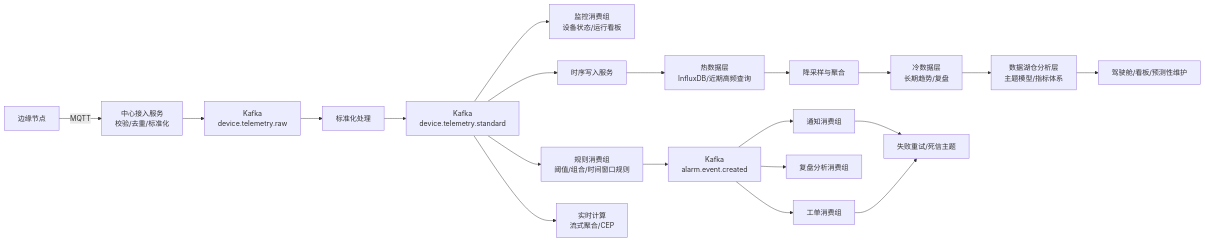
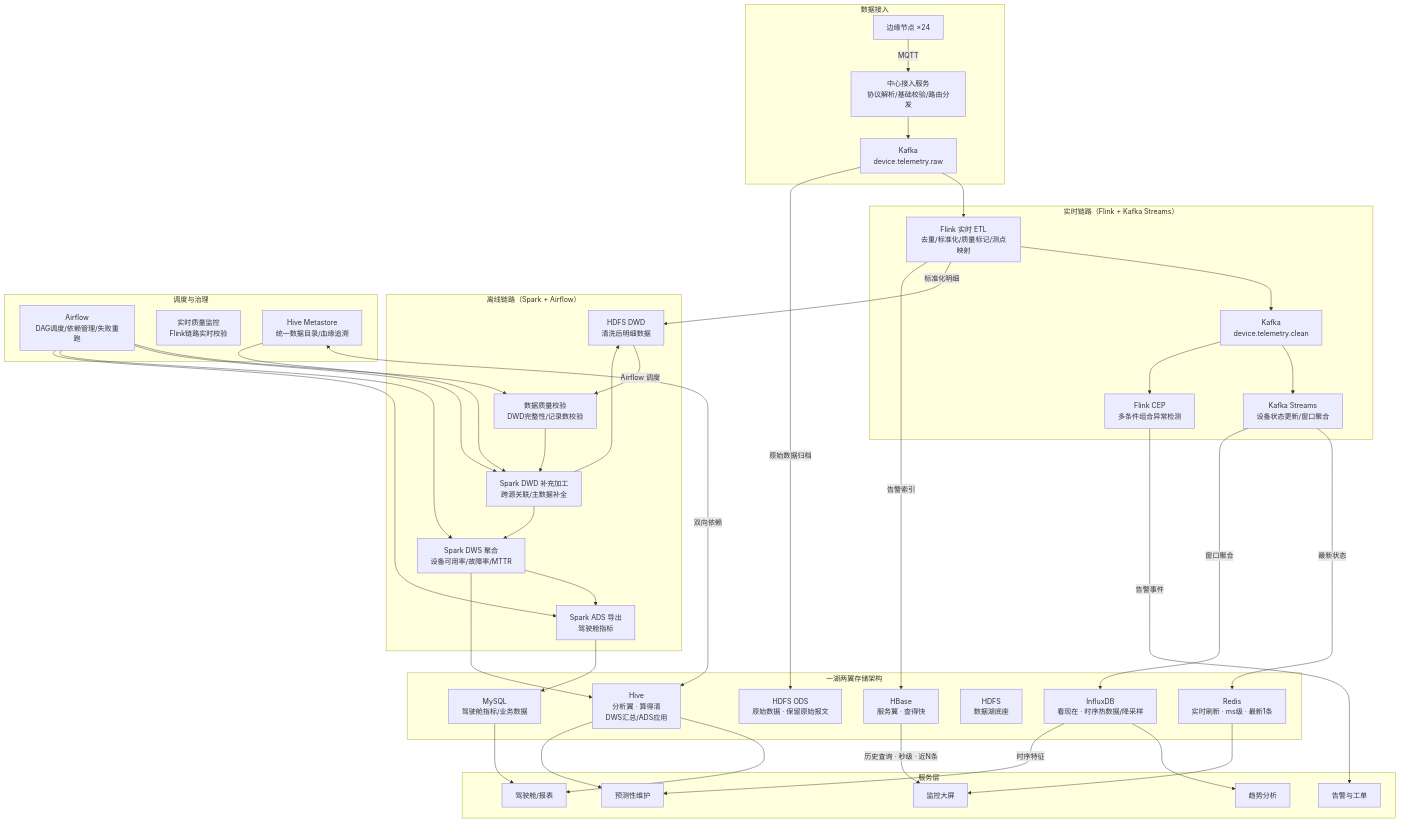
Before and after one commit to dptdptdpt1/26_jgs_lw: the second of 6 diagrams in 项目图示.md, drawn with Mermaid. The commit also changed other lines of this file and 1 other file, not shown here.

````diff
--- a/项目图示.md
+++ b/项目图示.md
@@ -62,26 +62,72 @@
 ```mermaid
-flowchart LR
-    A["边缘节点"] -->|MQTT| B["中心接入服务<br/>校验/去重/标准化"]
-    B --> C["Kafka<br/>device.telemetry.raw"]
-    C --> D["标准化处理"]
-    D --> E["Kafka<br/>device.telemetry.standard"]
+flowchart TD
+    subgraph 数据接入
+        A["边缘节点 ×24"] -->|MQTT| B["中心接入服务<br/>协议解析/基础校验/路由分发"]
+        B --> C1["Kafka<br/>device.telemetry.raw"]
+    end
 
-    E --> F["监控消费组<br/>设备状态/运行看板"]
-    E --> G["规则消费组<br/>阈值/组合/时间窗口规则"]
-    E --> H["时序写入服务"]
-    E --> I["实时计算<br/>流式聚合/CEP"]
+    subgraph 实时链路["实时链路（Flink + Kafka Streams）"]
+        C1 --> E["Flink 实时 ETL<br/>去重/标准化/质量标记/测点映射"]
+        E --> C2["Kafka<br/>device.telemetry.clean"]
+        C2 --> D["Kafka Streams<br/>设备状态更新/窗口聚合"]
+        C2 --> F["Flink CEP<br/>多条件组合异常检测"]
+    end
 
-    G --> J["Kafka<br/>alarm.event.created"]
-    J --> K["通知消费组"]
-    J --> L["工单消费组"]
-    J --> M["复盘分析消费组"]
+    D -->|最新状态| P["Redis<br/>实时刷新 · ms级 · 最新1条"]
+    D -->|窗口聚合| N["InfluxDB<br/>看现在 · 时序热数据/降采样"]
+    C1 -->|原始数据归档| G["HDFS ODS<br/>原始数据 · 保留原始报文"]
+    E -->|标准化明细| G3["HDFS DWD<br/>清洗后明细数据"]
+    E -->|告警索引| L["HBase<br/>服务翼 · 查得快"]
+    F -->|告警事件| R["告警与工单"]
 
-    H --> N["热数据层<br/>InfluxDB/近期高频查询"]
-    N --> O["降采样与聚合"]
-    O --> P["冷数据层<br/>长期趋势/复盘"]
-    P --> Q["数据湖仓分析层<br/>主题模型/指标体系"]
-    Q --> R["驾驶舱/看板/预测性维护"]
+    subgraph 离线链路["离线链路（Spark + Airflow）"]
+        G3 -->|Airflow 调度| G2["数据质量校验<br/>DWD完整性/记录数校验"]
+        G2 --> H["Spark DWD 补充加工<br/>跨源关联/主数据补全"]
+        H --> I["Spark DWS 聚合<br/>设备可用率/故障率/MTTR"]
+        I --> J["Spark ADS 导出<br/>驾驶舱指标"]
+    end
 
-    K --> S["失败重试/死信主题"]
-    L --> S
+    subgraph 存储层["一湖两翼存储架构"]
+        K["HDFS<br/>数据湖底座"]
+        L
+        G
+        G3
+        M["Hive<br/>分析翼 · 算得清<br/>DWS汇总/ADS应用"]
+        N
+        O["MySQL<br/>驾驶舱指标/业务数据"]
+        P
+    end
+
+    subgraph 服务层
+        Q["监控大屏"]
+        R
+        S["驾驶舱/报表"]
+        T["趋势分析"]
+        U["预测性维护"]
+    end
+
+    H --> G3
+    I --> M
+    J --> O
+
+    P --> Q
+    L -->|历史查询 · 秒级 · 近N条| Q
+    N --> T
+    O --> S
+    M --> S
+    M --> U
+    N -->|时序特征| U
+
+    subgraph 调度与治理
+        V["Airflow<br/>DAG调度/依赖管理/失败重跑"]
+        W["实时质量监控<br/>Flink链路实时校验"]
+        X["Hive Metastore<br/>统一数据目录/血缘追溯"]
+    end
+
+    V --> G2
+    V --> H
+    V --> I
+    V --> J
+    X <-->|双向依赖| M
+    X --> H
 ```
````
